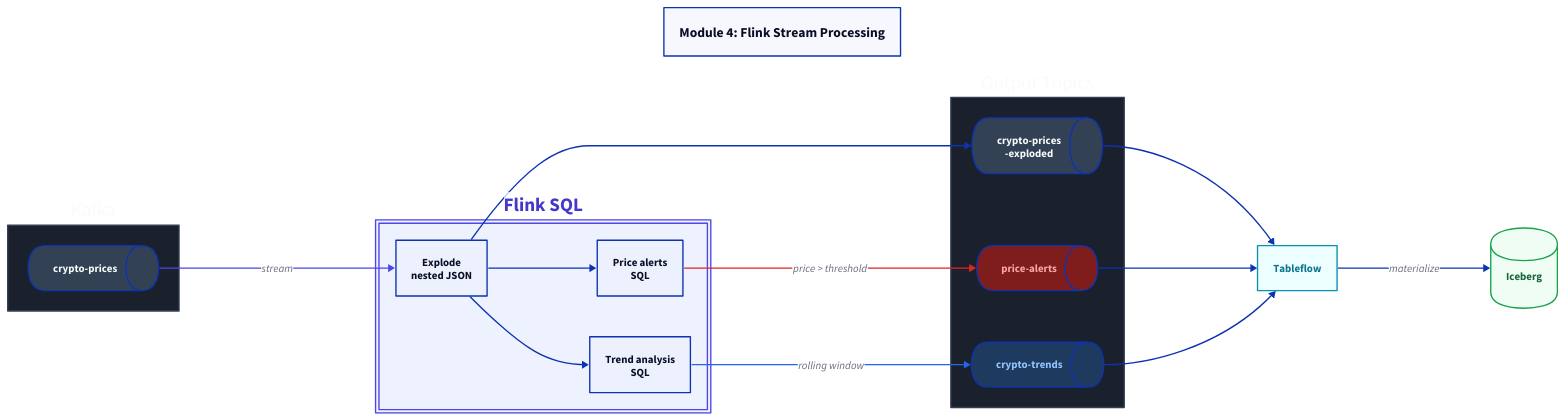
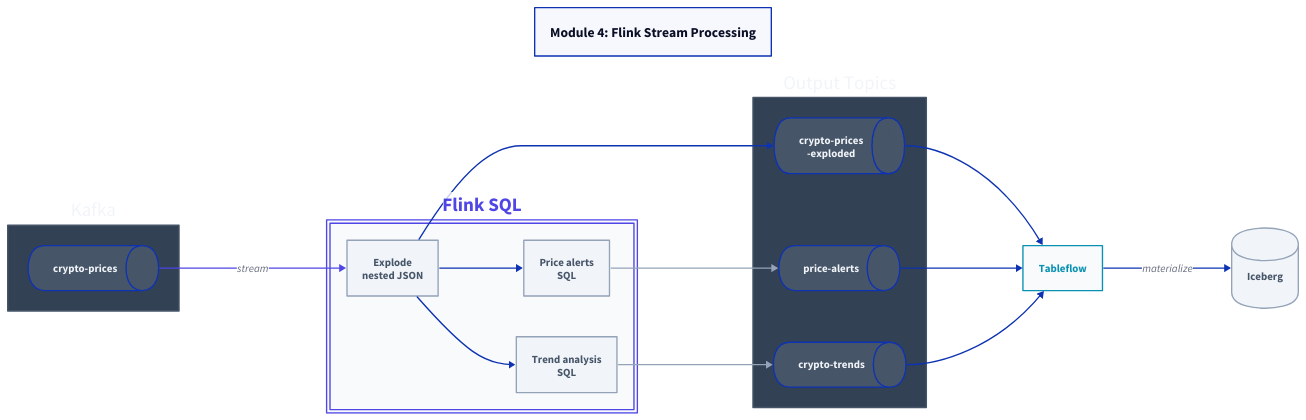
One commit to gAmUssA/gamussa.github.com changed the diagram in diagrams/module4-flink.d2. Above: the diagram before and after it, drawn with D2. The commit also changed 7 other files, not shown here.

Commit message:
Fix diagram colors: neutral slate palette matching blog design system

```diff
--- a/diagrams/module4-flink.d2
+++ b/diagrams/module4-flink.d2
@@ -1,85 +1,97 @@
 direction: right
 
 title: {
   label: "Module 4: Flink Stream Processing"
   style.font-size: 20
   style.bold: true
   near: top-center
 }
 
 kafka: Kafka {
-  style.fill: "#1a202c"
-  style.stroke: "#334155"
-  style.font-color: "#f8fafc"
+  style.fill: "#334155"
+  style.stroke: "#475569"
+  style.font-color: "#f1f5f9"
 
   input: crypto-prices {
     shape: queue
-    style.fill: "#334155"
-    style.font-color: "#f8fafc"
+    style.fill: "#475569"
+    style.font-color: "#f1f5f9"
   }
 }
 
 flink: Flink SQL {
-  style.fill: "#EEF2FF"
+  style.fill: "#f8fafc"
   style.stroke: "#4F46E5"
-  style.font-color: "#4338CA"
+  style.font-color: "#4F46E5"
   style.bold: true
   style.double-border: true
 
-  explode: Explode\nnested JSON
-  alerts_q: Price alerts\nSQL
-  trends_q: Trend analysis\nSQL
+  explode: Explode\nnested JSON {
+    style.fill: "#f1f5f9"
+    style.stroke: "#94a3b8"
+    style.font-color: "#475569"
+  }
+  alerts_q: Price alerts\nSQL {
+    style.fill: "#f1f5f9"
+    style.stroke: "#94a3b8"
+    style.font-color: "#475569"
+  }
+  trends_q: Trend analysis\nSQL {
+    style.fill: "#f1f5f9"
+    style.stroke: "#94a3b8"
+    style.font-color: "#475569"
+  }
 }
 
 output: Output Topics {
-  style.fill: "#1a202c"
-  style.stroke: "#334155"
-  style.font-color: "#f8fafc"
+  style.fill: "#334155"
+  style.stroke: "#475569"
+  style.font-color: "#f1f5f9"
 
   exploded: crypto-prices\n-exploded {
     shape: queue
-    style.fill: "#334155"
-    style.font-color: "#f8fafc"
+    style.fill: "#475569"
+    style.font-color: "#f1f5f9"
   }
   alerts: price-alerts {
     shape: queue
-    style.fill: "#7f1d1d"
-    style.font-color: "#fca5a5"
+    style.fill: "#475569"
+    style.font-color: "#f1f5f9"
   }
   trends: crypto-trends {
     shape: queue
-    style.fill: "#1e3a5f"
-    style.font-color: "#93c5fd"
+    style.fill: "#475569"
+    style.font-color: "#f1f5f9"
   }
 }
 
 tableflow: Tableflow {
-  style.fill: "#ECFEFF"
+  style.fill: "#f8fafc"
   style.stroke: "#0891b2"
-  style.font-color: "#0e7490"
+  style.font-color: "#0891b2"
   style.bold: true
 }
 
 iceberg: Iceberg {
   shape: cylinder
-  style.fill: "#F0FDF4"
-  style.stroke: "#16a34a"
-  style.font-color: "#166534"
+  style.fill: "#f1f5f9"
+  style.stroke: "#94a3b8"
+  style.font-color: "#475569"
 }
 
 kafka.input -> flink.explode: stream {
   style.stroke: "#4F46E5"
 }
 flink.explode -> output.exploded
 flink.explode -> flink.alerts_q
 flink.explode -> flink.trends_q
-flink.alerts_q -> output.alerts: "price > threshold" {
-  style.stroke: "#dc2626"
+flink.alerts_q -> output.alerts {
+  style.stroke: "#94a3b8"
 }
-flink.trends_q -> output.trends: "rolling window" {
-  style.stroke: "#2563eb"
+flink.trends_q -> output.trends {
+  style.stroke: "#94a3b8"
 }
 output.exploded -> tableflow
 output.alerts -> tableflow
 output.trends -> tableflow
 tableflow -> iceberg: materialize
```
